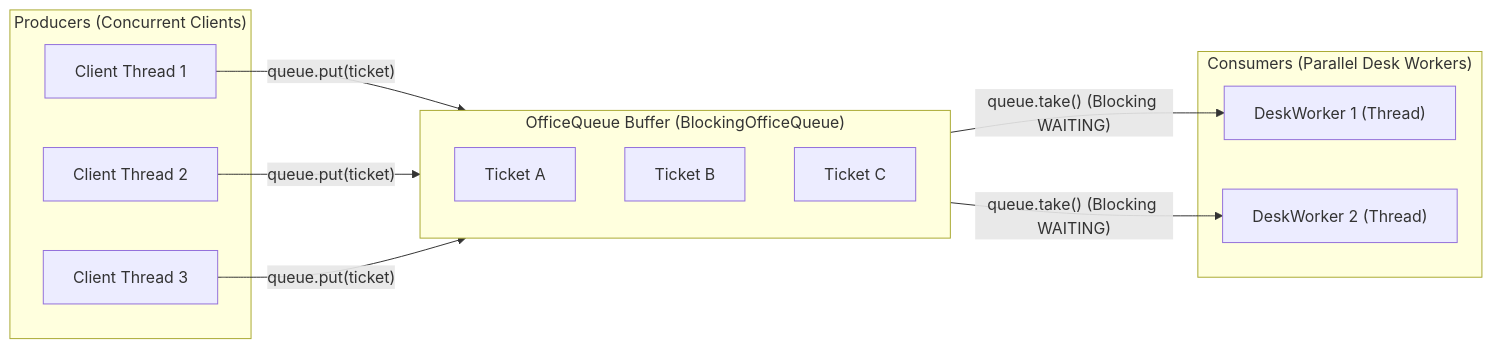
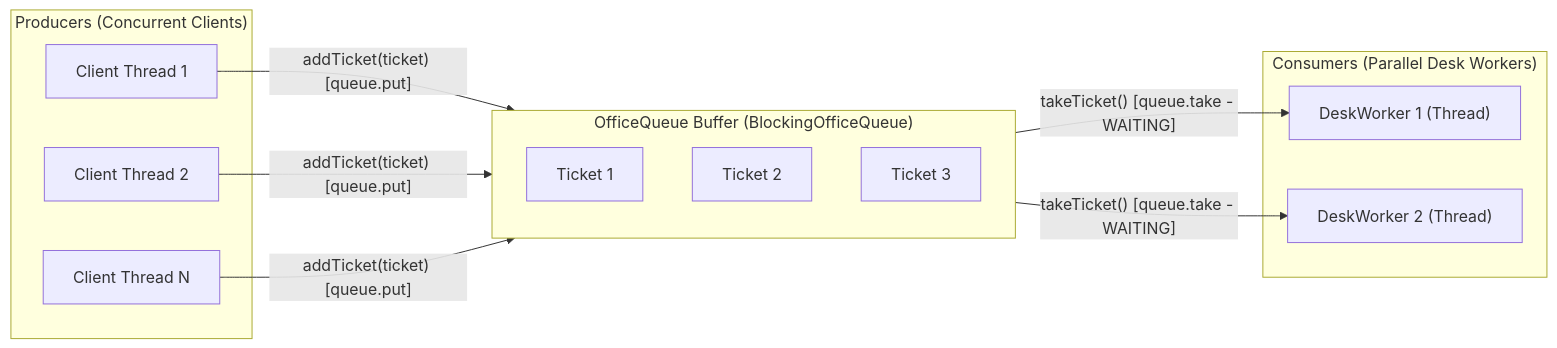
One commit to SovietskySoldatie/FacultyProject-CEBP changed the fourth of 10 diagrams in reqs/reqs.md. Above: the diagram before and after it, drawn with Mermaid. The commit also changed other lines of this file and 4 other files, not shown here.

Commit message:
docs: comprehensive update of all documentation files, architecture, specifications, and README in English

````diff
--- a/reqs/reqs.md
+++ b/reqs/reqs.md
@@ -250,22 +274,22 @@
 ```mermaid
 flowchart LR
     subgraph Producers["Producers (Concurrent Clients)"]
         C1["Client Thread 1"]
         C2["Client Thread 2"]
-        C3["Client Thread 3"]
+        C3["Client Thread N"]
     end
 
     subgraph Queue["OfficeQueue Buffer (BlockingOfficeQueue)"]
-        T1["Ticket A"]
-        T2["Ticket B"]
-        T3["Ticket C"]
+        T1["Ticket 1"]
+        T2["Ticket 2"]
+        T3["Ticket 3"]
     end
 
     subgraph Consumers["Consumers (Parallel Desk Workers)"]
         D1["DeskWorker 1 (Thread)"]
         D2["DeskWorker 2 (Thread)"]
     end
 
-    C1 & C2 & C3 -->|"queue.put(ticket)"| Queue
-    Queue -->|"queue.take() (Blocking WAITING)"| D1 & D2
+    C1 & C2 & C3 -->|"addTicket(ticket) [queue.put]"| Queue
+    Queue -->|"takeTicket() [queue.take - WAITING]"| D1 & D2
 ```
````
